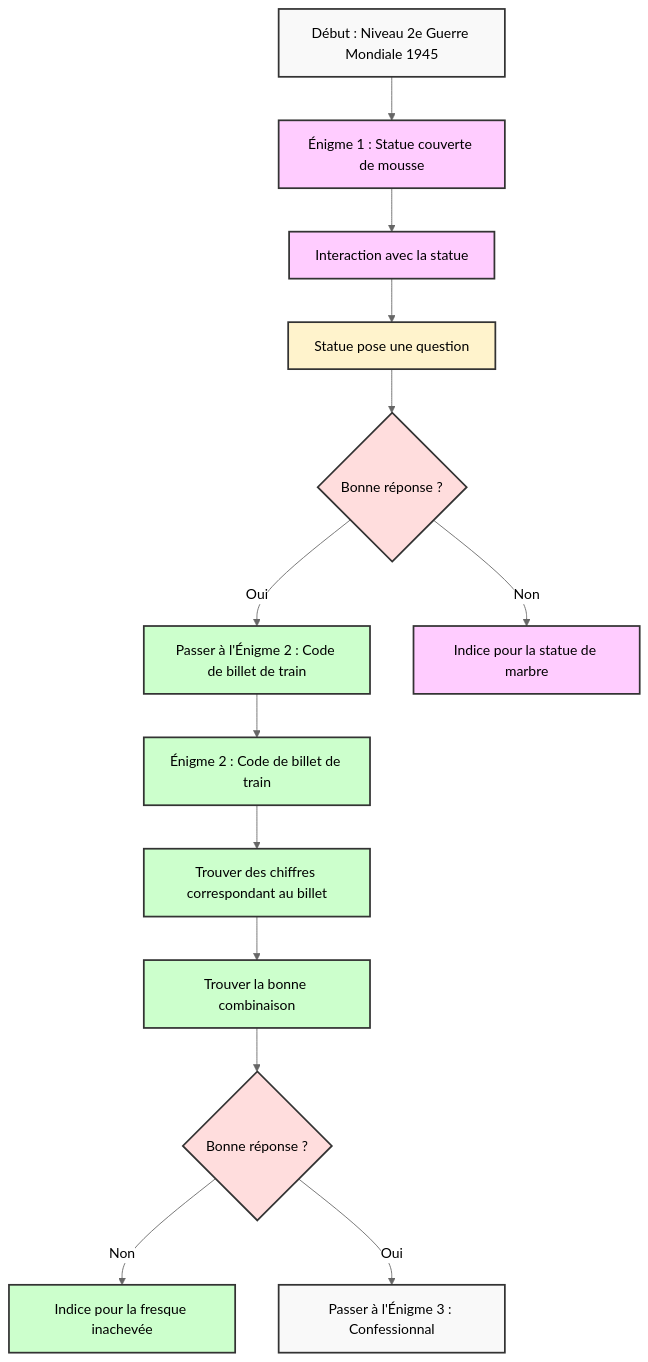
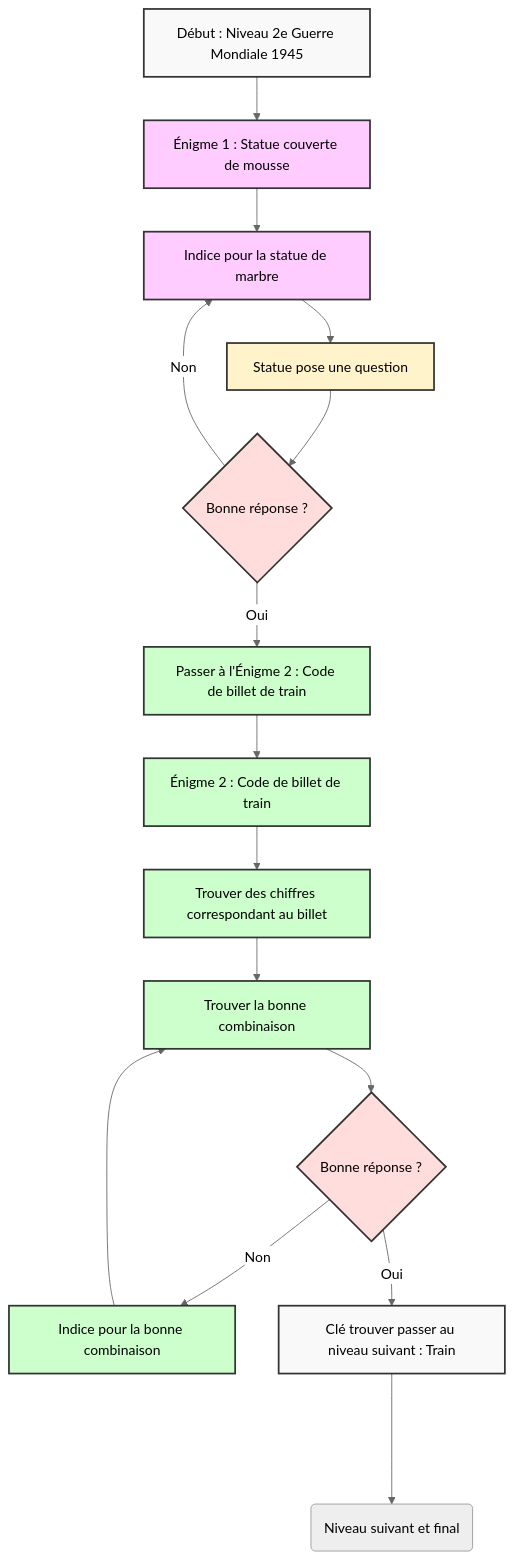
One commit to Chrono-Escape-Project/VR-Escape-Game changed the diagram in schemas/1945.md. Above: the diagram before and after it, drawn with Mermaid (neutral theme).

````diff
--- a/schemas/1945.md
+++ b/schemas/1945.md
@@ -1,34 +1,36 @@
 ```mermaid
 graph TD;
     classDef startend fill:#f9f9f9,stroke:#333,stroke-width:2px;
     classDef enigme1 fill:#FFCCFF,stroke:#333,stroke-width:2px;
     classDef enigme2 fill:#CCFFCC,stroke:#333,stroke-width:2px;
     classDef enigme3 fill:#CCCCFF,stroke:#333,stroke-width:2px;
     classDef question fill:#FFF3CC,stroke:#333,stroke-width:2px;
     classDef decision fill:#FFDDDD,stroke:#333,stroke-width:2px;
 
     A[Début : Niveau 2e Guerre Mondiale 1945]:::startend --> B[Énigme 1 : Statue couverte de mousse]:::enigme1;
     B --> C[Interaction avec la statue]:::enigme1;
     C --> D[Statue pose une question]:::question;
 
     %% Vérification de la réponse de la statue
     D --> E{Bonne réponse ?}:::decision;
     E -- Oui --> F[Passer à l'Énigme 2 : Code de billet de train]:::enigme2;
-    E -- Non --> G[Indice pour la statue de marbre]:::enigme1;
+    E -- Non --> C[Indice pour la statue de marbre]:::enigme1;
 
     %% Énigme 2 : 
     F --> H[Énigme 2 : Code de billet de train]:::enigme2;
     H --> I[Trouver des chiffres correspondant au billet]:::enigme2;
     I --> J[Trouver la bonne combinaison]:::enigme2;
 
     %% Vérification de la réponse de la fresque
     J --> K{Bonne réponse ?}:::decision;
    
-    K -- Non --> M[Indice pour la fresque inachevée]:::enigme2;
+    K -- Non --> N[Indice pour la bonne combinaison]:::enigme2;
+    N --> J;
 
     %% Obtention de la clé et boucles de retour
-    K -- Oui --> T[Passer à l'Énigme 3 : Confessionnal]:::startend;
+    K -- Oui --> M[Clé trouver passer au niveau suivant : Train]:::startend;
+    M ----> O(Niveau suivant et final);
 
     
 
 ```
````
